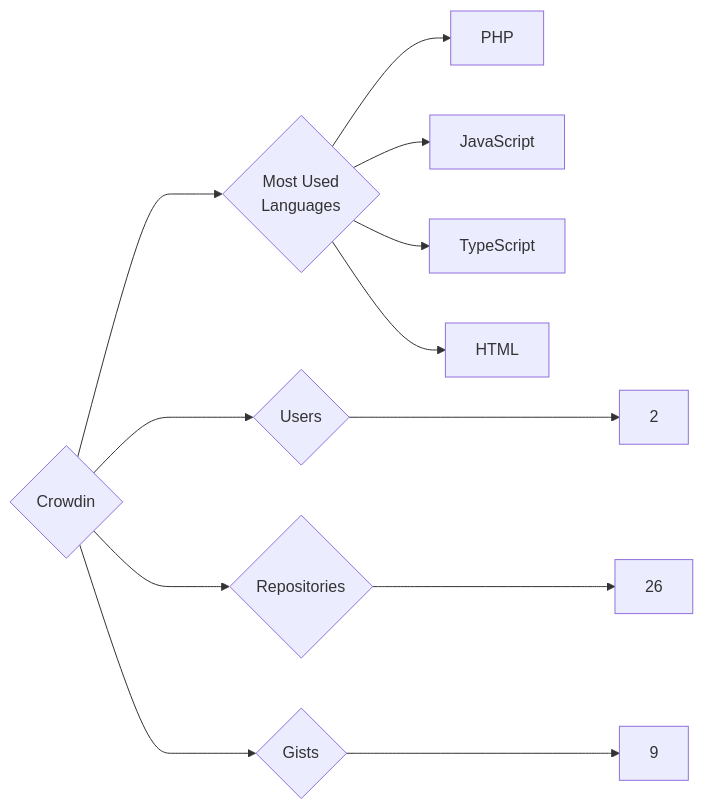
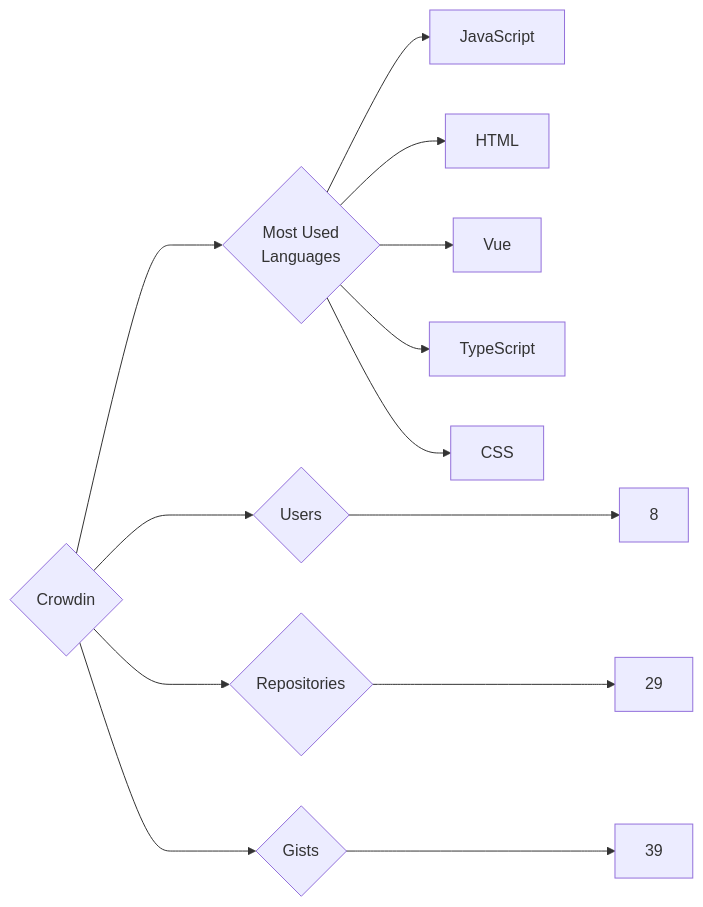
Before and after one commit to trickest/insiders: the diagram in targets/Crowdin/README.md, drawn with Mermaid. The commit also changed 1314 other files, not shown here.

````diff
--- a/targets/Crowdin/README.md
+++ b/targets/Crowdin/README.md
@@ -3,12 +3,13 @@
 ```mermaid
 graph LR
 COMPANY_NAME{Crowdin}
-COMPANY_NAME ---> U{Users} ---> UN[2]
-COMPANY_NAME ---> R{Repositories} ---> RN[26]
-COMPANY_NAME ---> G{Gists} ---> GN[9]
+COMPANY_NAME ---> U{Users} ---> UN[8]
+COMPANY_NAME ---> R{Repositories} ---> RN[29]
+COMPANY_NAME ---> G{Gists} ---> GN[39]
 COMPANY_NAME ---> ML{Most Used<br>Languages}
-ML --> PHP[PHP]
 ML --> JavaScript[JavaScript]
+ML --> HTML[HTML]
+ML --> Vue[Vue]
 ML --> TypeScript[TypeScript]
-ML --> HTML[HTML]
+ML --> CSS[CSS]
 ```
````
